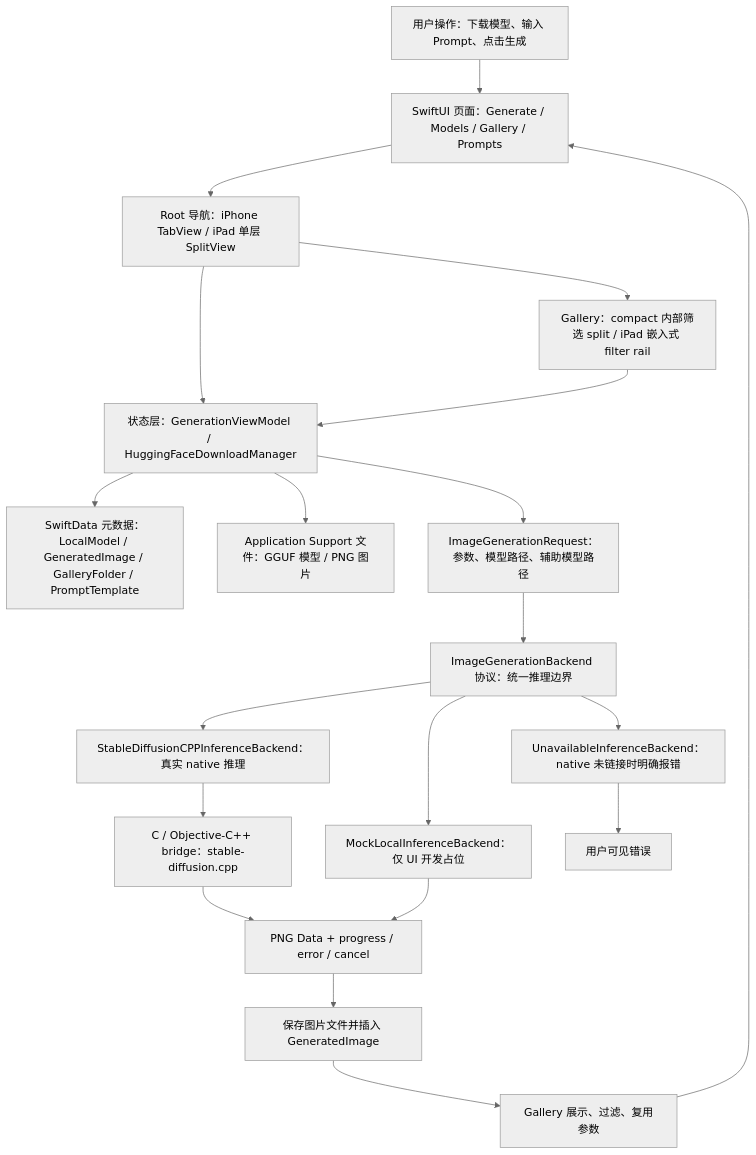
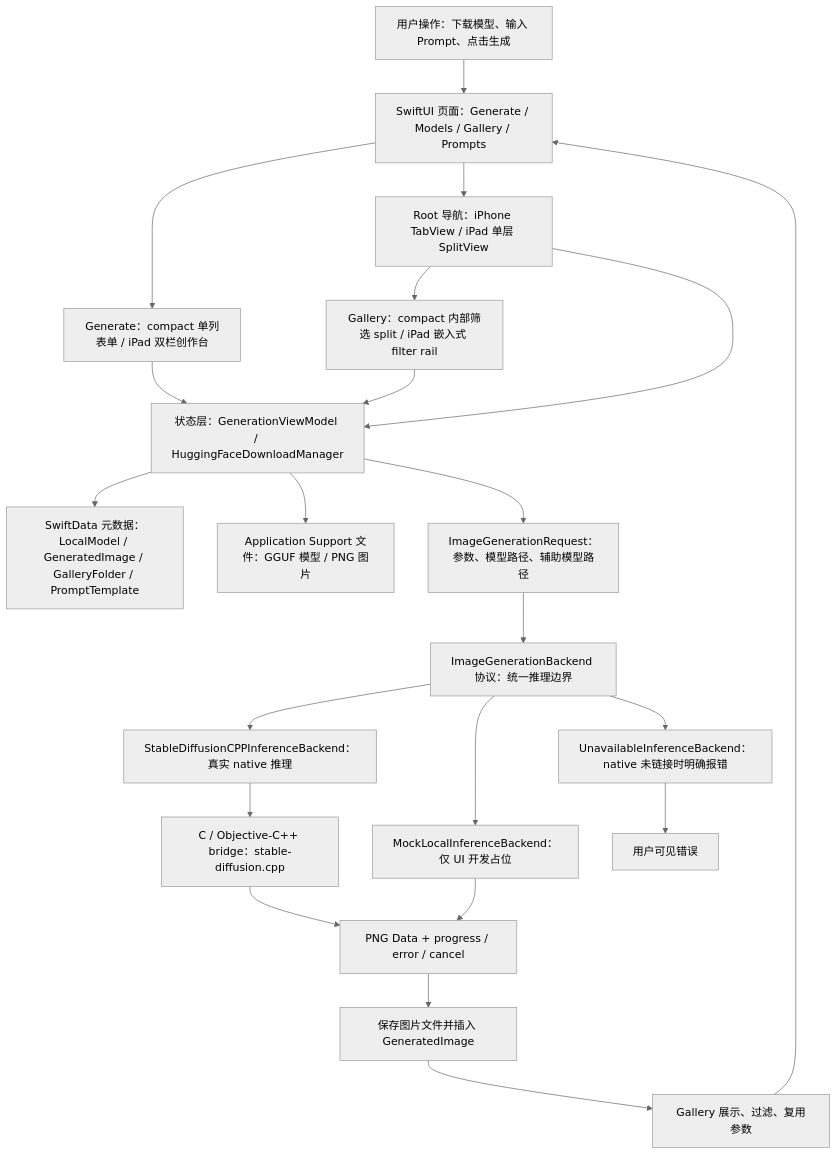
One commit to Altman-sam114/118 changed the first of 7 diagrams in md/flow/flowchart.md. Above: the diagram before and after it, drawn with Mermaid (neutral theme). The commit also changed 5 other files, not shown here.

````diff
--- a/md/flow/flowchart.md
+++ b/md/flow/flowchart.md
@@ -9,22 +9,24 @@
 ```mermaid
 flowchart TD
   U["用户操作：下载模型、输入 Prompt、点击生成"] --> UI["SwiftUI 页面：Generate / Models / Gallery / Prompts"]
+  UI --> GENUI["Generate：compact 单列表单 / iPad 双栏创作台"]
   UI --> NAV["Root 导航：iPhone TabView / iPad 单层 SplitView"]
   NAV --> GALUI["Gallery：compact 内部筛选 split / iPad 嵌入式 filter rail"]
   NAV --> VM["状态层：GenerationViewModel / HuggingFaceDownloadManager"]
+  GENUI --> VM
   GALUI --> VM
   VM --> SD["SwiftData 元数据：LocalModel / GeneratedImage / GalleryFolder / PromptTemplate"]
   VM --> FS["Application Support 文件：GGUF 模型 / PNG 图片"]
   VM --> REQ["ImageGenerationRequest：参数、模型路径、辅助模型路径"]
   REQ --> IFACE["ImageGenerationBackend 协议：统一推理边界"]
   IFACE --> NATIVE["StableDiffusionCPPInferenceBackend：真实 native 推理"]
   IFACE --> MOCK["MockLocalInferenceBackend：仅 UI 开发占位"]
   IFACE --> OFF["UnavailableInferenceBackend：native 未链接时明确报错"]
   NATIVE --> BRIDGE["C / Objective-C++ bridge：stable-diffusion.cpp"]
   BRIDGE --> PNG["PNG Data + progress / error / cancel"]
   MOCK --> PNG
   OFF --> ERR["用户可见错误"]
   PNG --> SAVE["保存图片文件并插入 GeneratedImage"]
   SAVE --> GALLERY["Gallery 展示、过滤、复用参数"]
   GALLERY --> UI
 ```
````
